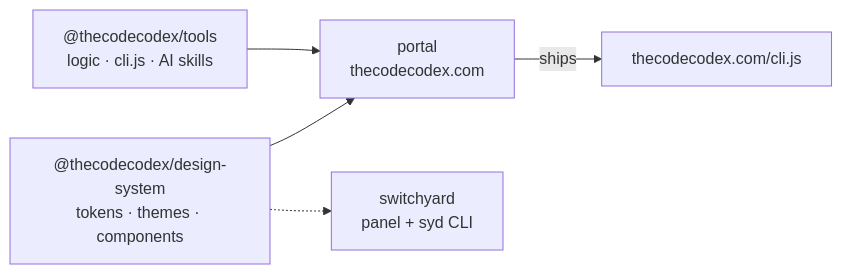
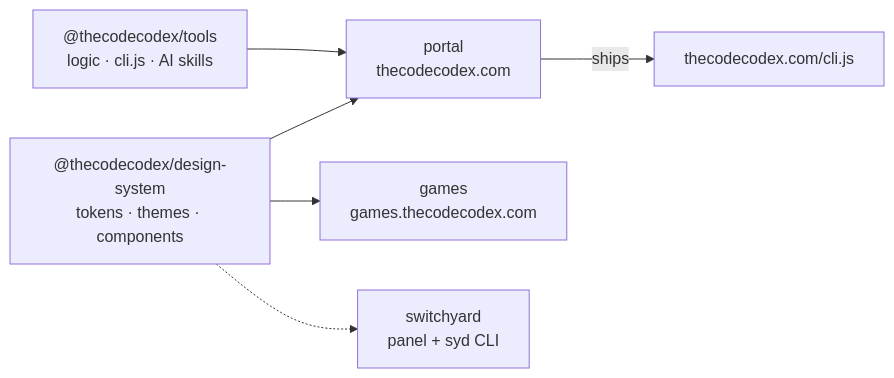
Before and after one commit to thecodecodex/.github: the diagram in profile/README.md, drawn with Mermaid. The commit also changed other lines of this file, not shown here.

Commit message:
docs: inclui o games, componentes de partida e a convenção de scripts (pnpm verify)

````diff
--- a/profile/README.md
+++ b/profile/README.md
@@ -22,11 +23,13 @@
 ```mermaid
 flowchart LR
   ds["@thecodecodex/design-system<br/>tokens · themes · components"]
   tools["@thecodecodex/tools<br/>logic · cli.js · AI skills"]
   portal["portal<br/>thecodecodex.com"]
   sy["switchyard<br/>panel + syd CLI"]
+  games["games<br/>games.thecodecodex.com"]
   ds --> portal
+  ds --> games
   ds -.-> sy
   tools --> portal
   portal -- "ships" --> cli["thecodecodex.com/cli.js"]
 ```
````
